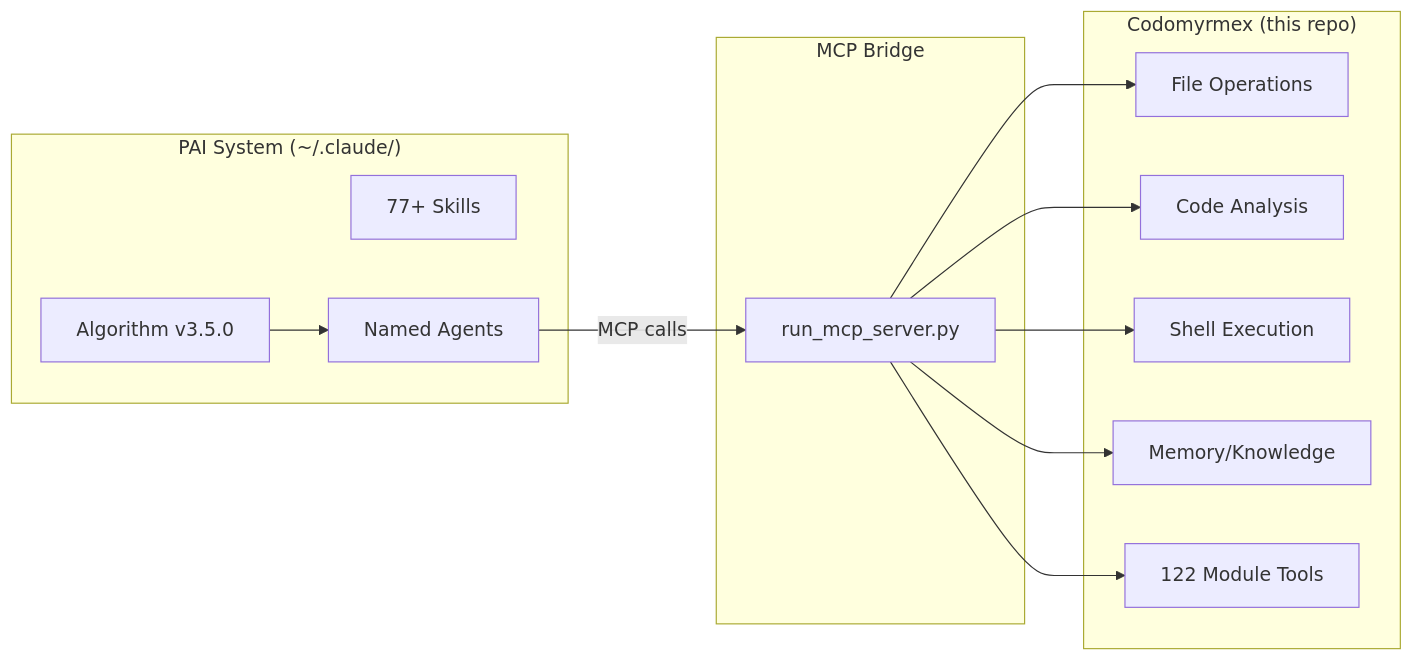
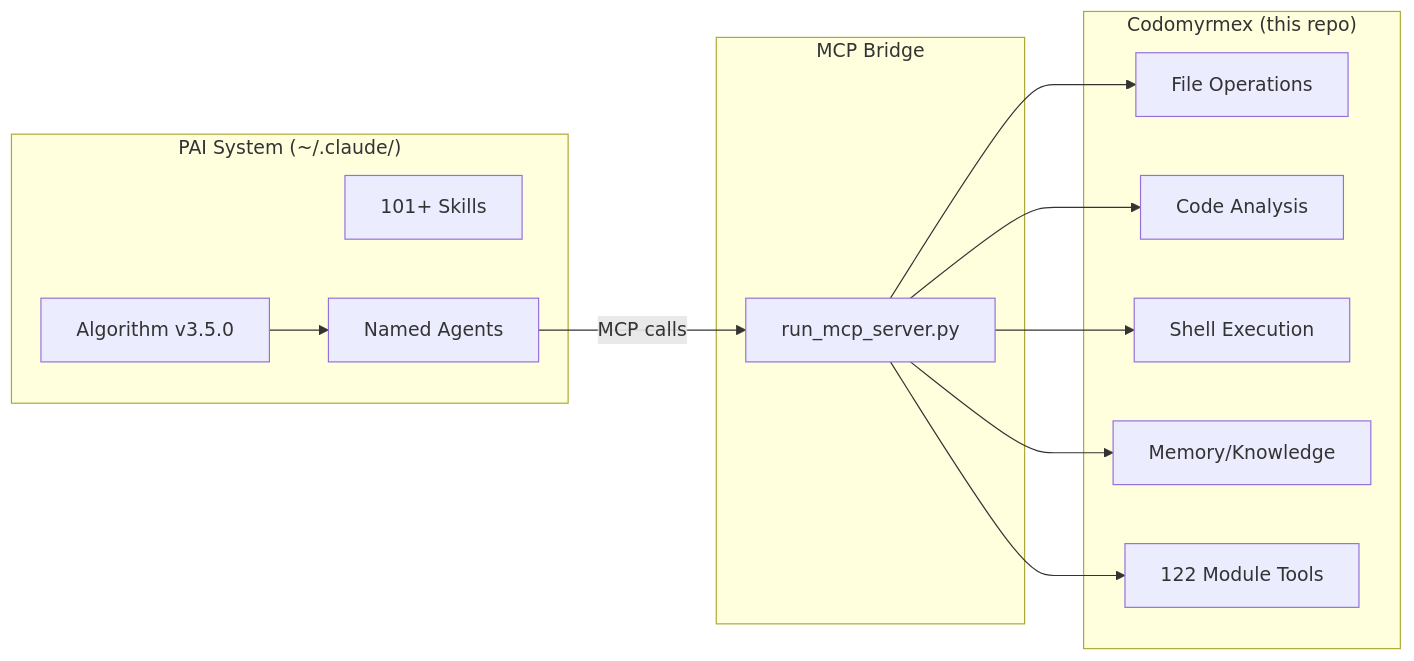
One commit to docxology/codomyrmex changed the diagram in PAI.md. Above: the diagram before and after it, drawn with Mermaid. The commit also changed other lines of this file and 813 other files, not shown here.

````diff
--- a/PAI.md
+++ b/PAI.md
@@ -35,28 +35,28 @@
 ```mermaid
 graph LR
     subgraph PAI ["PAI System (~/.claude/)"]
         Algo["Algorithm v3.5.0"]
-        Skills["77+ Skills"]
+        Skills["101+ Skills"]
         Agents["Named Agents"]
     end
 
     subgraph Bridge ["MCP Bridge"]
         Server["run_mcp_server.py"]
     end
 
     subgraph Codomyrmex ["Codomyrmex (this repo)"]
         FileOps["File Operations"]
         CodeAnalysis["Code Analysis"]
         Shell["Shell Execution"]
         Memory["Memory/Knowledge"]
         Modules["122 Module Tools"]
     end
 
     Algo --> Agents
     Agents -->|"MCP calls"| Server
     Server --> FileOps
     Server --> CodeAnalysis
     Server --> Shell
     Server --> Memory
     Server --> Modules
 ```
````
